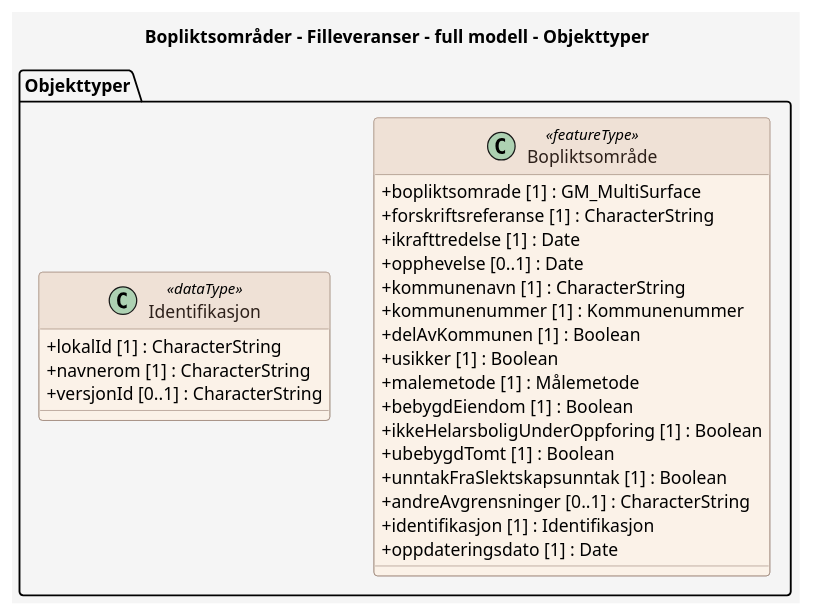
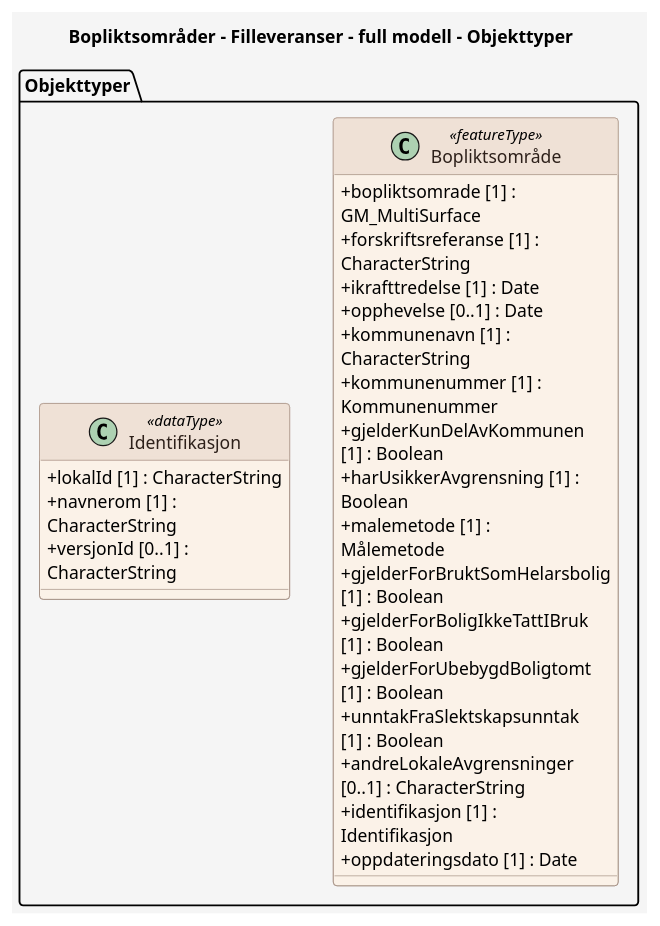
Before and after one commit to larsingea/produktspesifikasjon_mal: the diagram in produktspesifikasjon/bopliktsomrader/filleveranser-full-modell/filleveranser-full-modell_feature_catalogue.puml, drawn with PlantUML. The commit also changed 7 other files, not shown here.

```diff
--- a/produktspesifikasjon/bopliktsomrader/filleveranser-full-modell/filleveranser-full-modell_feature_catalogue.puml
+++ b/produktspesifikasjon/bopliktsomrader/filleveranser-full-modell/filleveranser-full-modell_feature_catalogue.puml
@@ -1,53 +1,59 @@
 @startuml
+' For wide diagrams, render with: plantuml -DPLANTUML_LIMIT_SIZE=16384 ...
+' The 'scale max' directive below caps the rendered output to prevent the
+' default PlantUML 4096px size limit from cropping the diagram.
+scale max 4000*4000
+
 title Bopliktsområder - Filleveranser - full modell - Objekttyper
 
 skinparam backgroundColor #F5F5F5
 skinparam shadowing false
 skinparam RoundCorner 6
 skinparam ArrowColor #6C8198
+skinparam wrapWidth 200
 skinparam class {
   BackgroundColor #FBF2E8
   BorderColor #9C8578
   FontColor #2D201A
   HeaderBackgroundColor #EFE1D6
   HeaderFontColor #2D201A
   AttributeIconSize 0
 }
 skinparam note {
   BackgroundColor #FFFFFF
   BorderColor #6C8198
   FontColor #2D201A
 }
 skinparam stereotypeCBackgroundColor #EAD9CE
 skinparam stereotypeCBorderColor #9C8578
 skinparam stereotypeCFontColor #2D201A
 
 package "Objekttyper" {
 
   class "Bopliktsområde" as Bopliktsomr_de <<featureType>> {
     + bopliktsomrade [1] : GM_MultiSurface
     + forskriftsreferanse [1] : CharacterString
     + ikrafttredelse [1] : Date
     + opphevelse [0..1] : Date
     + kommunenavn [1] : CharacterString
     + kommunenummer [1] : Kommunenummer
-    + delAvKommunen [1] : Boolean
-    + usikker [1] : Boolean
+    + gjelderKunDelAvKommunen [1] : Boolean
+    + harUsikkerAvgrensning [1] : Boolean
     + malemetode [1] : Målemetode
-    + bebygdEiendom [1] : Boolean
-    + ikkeHelarsboligUnderOppforing [1] : Boolean
-    + ubebygdTomt [1] : Boolean
+    + gjelderForBruktSomHelarsbolig [1] : Boolean
+    + gjelderForBoligIkkeTattIBruk [1] : Boolean
+    + gjelderForUbebygdBoligtomt [1] : Boolean
     + unntakFraSlektskapsunntak [1] : Boolean
-    + andreAvgrensninger [0..1] : CharacterString
+    + andreLokaleAvgrensninger [0..1] : CharacterString
     + identifikasjon [1] : Identifikasjon
     + oppdateringsdato [1] : Date
   }
 
   class Identifikasjon <<dataType>> {
     + lokalId [1] : CharacterString
     + navnerom [1] : CharacterString
     + versjonId [0..1] : CharacterString
   }
 }
 
 @enduml
```
